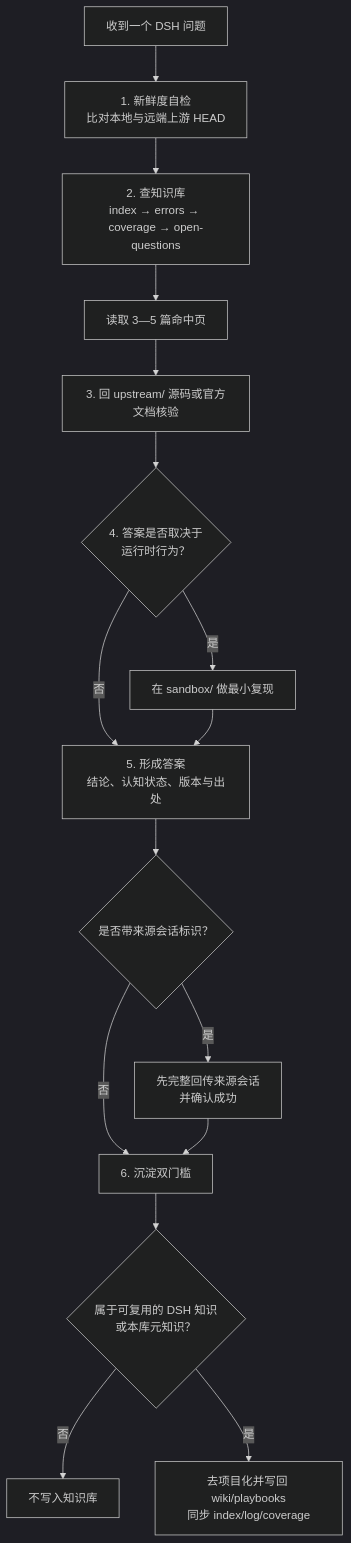
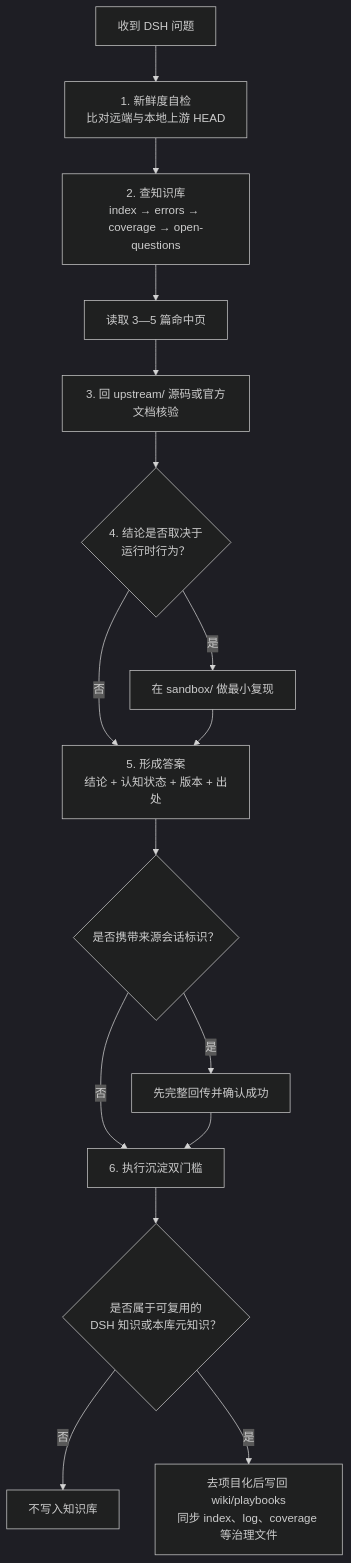
The diagram in docs/PROJECT_MAP.md (yingjialong/DSH-Expert), drawn with Mermaid (dark theme) before and after one commit. The commit also changed other lines of this file, not shown here.

````diff
--- a/docs/PROJECT_MAP.md
+++ b/docs/PROJECT_MAP.md
@@ -188,18 +89,18 @@
 ```mermaid
 flowchart TD
-    ask["收到一个 DSH 问题"] --> fresh["1. 新鲜度自检<br/>比对本地与远端上游 HEAD"]
+    ask["收到 DSH 问题"] --> fresh["1. 新鲜度自检<br/>比对远端与本地上游 HEAD"]
     fresh --> lookup["2. 查知识库<br/>index → errors → coverage → open-questions"]
     lookup --> hits["读取 3—5 篇命中页"]
     hits --> verify["3. 回 upstream/ 源码或官方文档核验"]
-    verify --> runtime{"4. 答案是否取决于<br/>运行时行为？"}
-    runtime -- "否" --> answer["5. 形成答案<br/>结论、认知状态、版本与出处"]
+    verify --> runtime{"4. 结论是否取决于<br/>运行时行为？"}
+    runtime -- "否" --> answer["5. 形成答案<br/>结论 + 认知状态 + 版本 + 出处"]
     runtime -- "是" --> test["在 sandbox/ 做最小复现"]
     test --> answer
-    answer --> delegated{"是否带来源会话标识？"}
-    delegated -- "是" --> return["先完整回传来源会话<br/>并确认成功"]
-    delegated -- "否" --> gate["6. 沉淀双门槛"]
+    answer --> delegated{"是否携带来源会话标识？"}
+    delegated -- "是" --> return["先完整回传并确认成功"]
+    delegated -- "否" --> gate["6. 执行沉淀双门槛"]
     return --> gate
-    gate --> scope{"属于可复用的 DSH 知识<br/>或本库元知识？"}
-    scope -- "否" --> end1["不写入知识库"]
-    scope -- "是" --> depersonalize["去项目化并写回 wiki/playbooks<br/>同步 index/log/coverage"]
+    gate --> reusable{"是否属于可复用的<br/>DSH 知识或本库元知识？"}
+    reusable -- "否" --> end1["不写入知识库"]
+    reusable -- "是" --> write["去项目化后写回 wiki/playbooks<br/>同步 index、log、coverage 等治理文件"]
 ```
````
